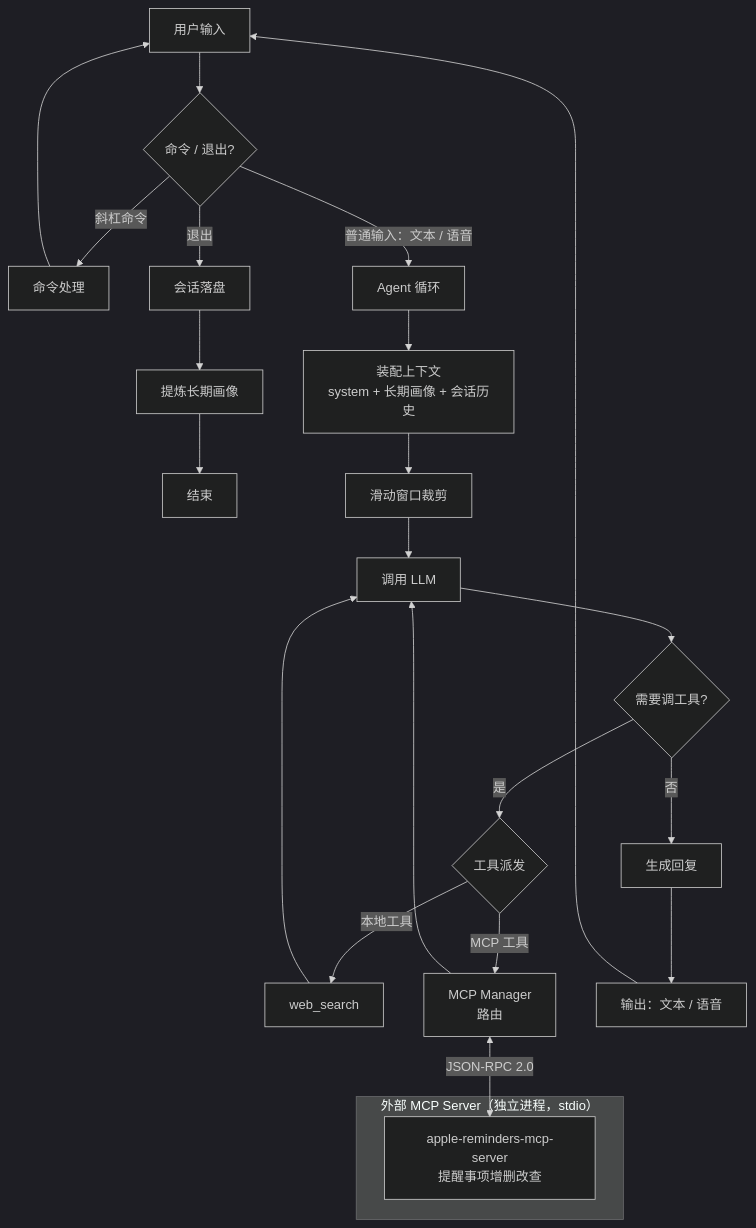
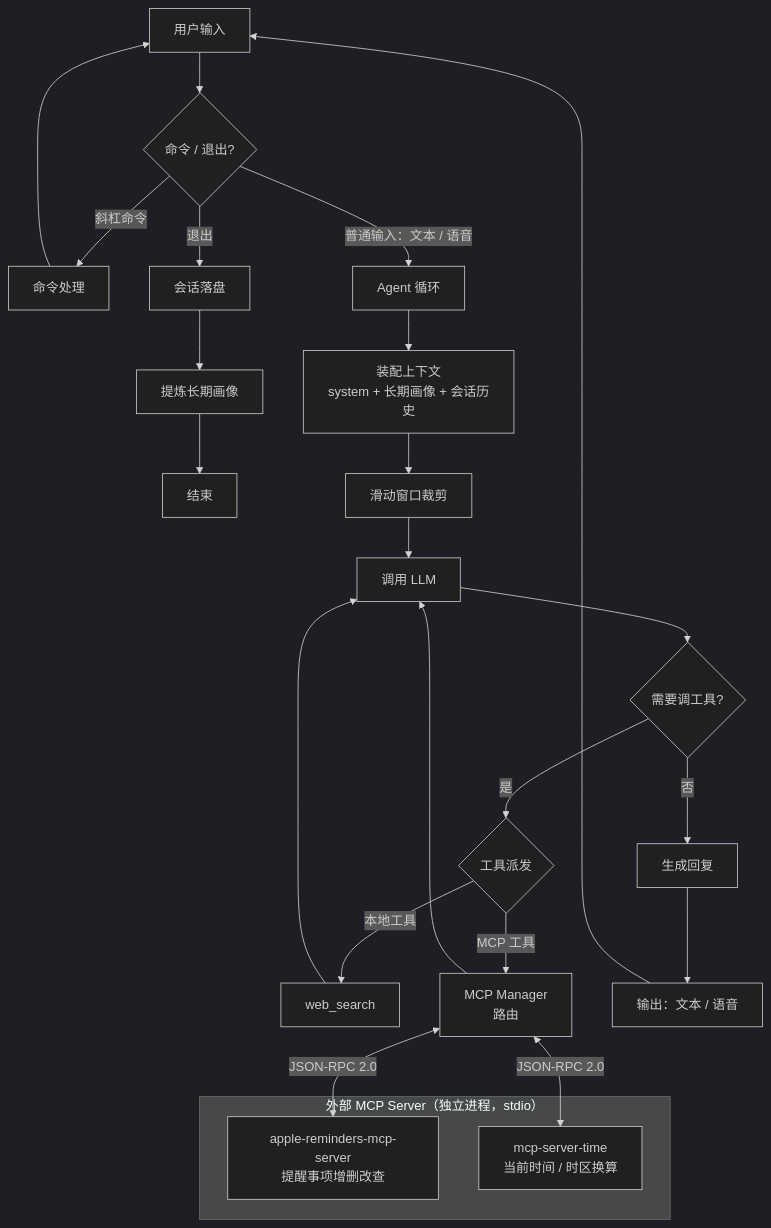
One commit to yzheeng/calendar-agent changed the first of 2 diagrams in README.md. Above: the diagram before and after it, drawn with Mermaid (dark theme). The commit also changed other lines of this file, not shown here.

````diff
--- a/README.md
+++ b/README.md
@@ -18,26 +28,28 @@
 ```mermaid
 flowchart TD
     A[用户输入] --> B{命令 / 退出?}
     B -- 斜杠命令 --> C[命令处理] --> A
     B -- 退出 --> M[会话落盘] --> N[提炼长期画像] --> Z[结束]
     B -- 普通输入：文本 / 语音 --> D[Agent 循环]
 
     D --> E[装配上下文<br/>system + 长期画像 + 会话历史]
     E --> F[滑动窗口裁剪]
     F --> G[调用 LLM]
     G --> H{需要调工具?}
     H -- 是 --> R{工具派发}
     R -- 本地工具 --> I[web_search]
     R -- MCP 工具 --> P[MCP Manager<br/>路由]
     I --> G
     P --> G
     H -- 否 --> K[生成回复]
     K --> L[输出：文本 / 语音]
     L --> A
 
     subgraph MCP_Servers [外部 MCP Server（独立进程，stdio）]
         S[apple-reminders-mcp-server<br/>提醒事项增删改查]
+        T[mcp-server-time<br/>当前时间 / 时区换算]
     end
 
     P <-->|JSON-RPC 2.0| S
+    P <-->|JSON-RPC 2.0| T
 ```
````
